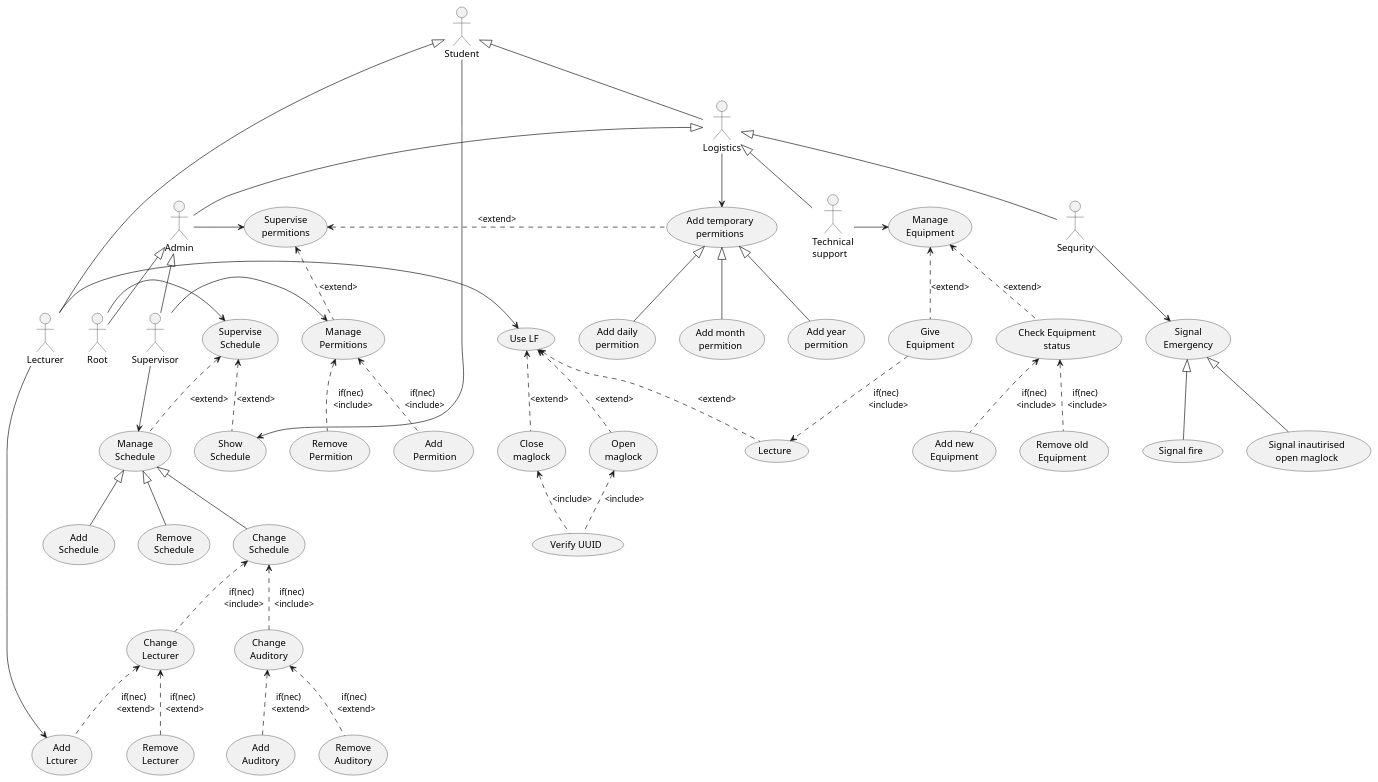
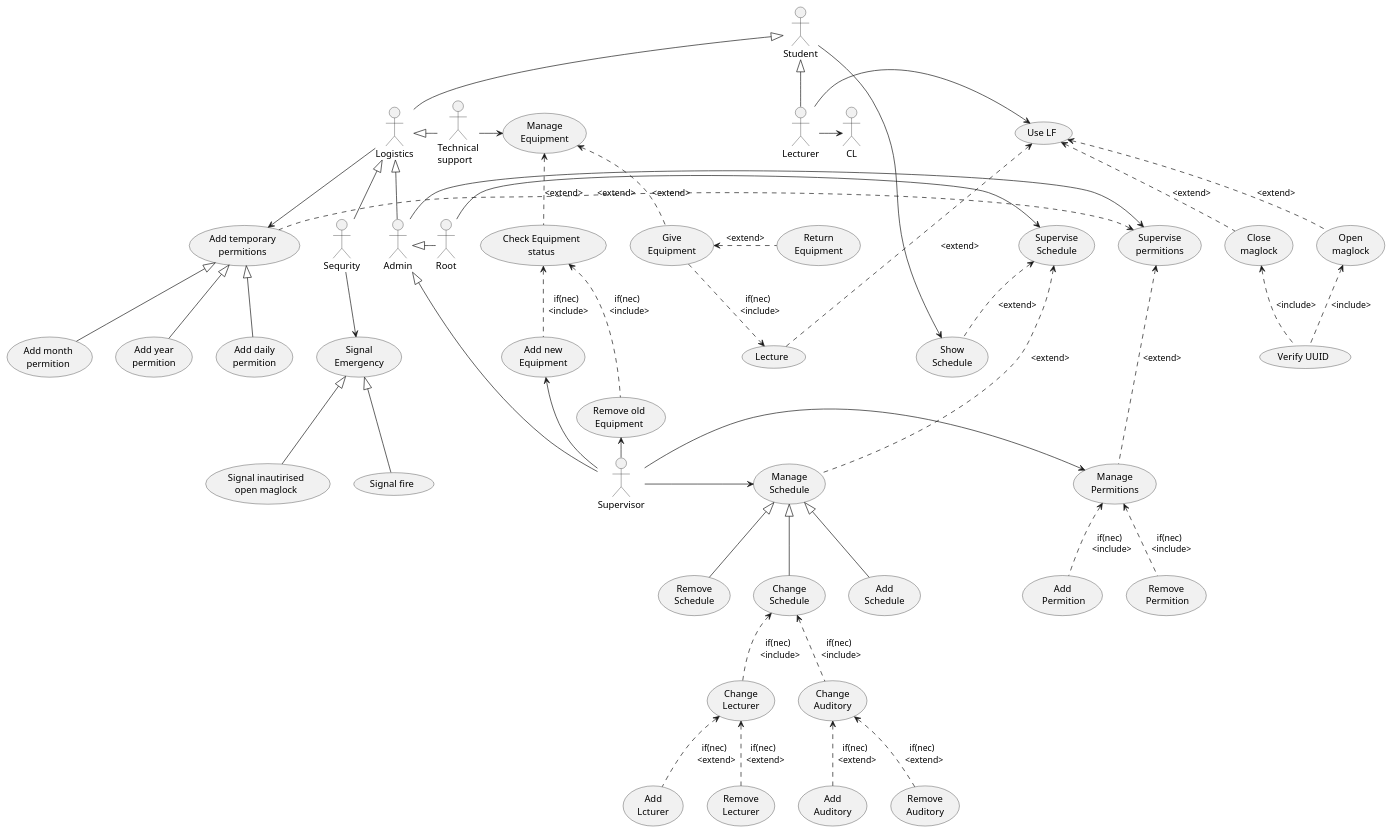
One commit to Igor-Sergieiev/DB_Project changed the diagram in src/plantuml/general/general_usecase.wsd. Above: the diagram before and after it, drawn with PlantUML. The commit also changed 4 other files, not shown here.

Commit message:
Update genetal spec. Update general use case diagram.

```diff
--- a/src/plantuml/general/general_usecase.wsd
+++ b/src/plantuml/general/general_usecase.wsd
@@ -1,144 +1,148 @@
 @startuml
 
 '------------------------------------------------------------------
 '   Schedule
 '------------------------------------------------------------------
 (Supervise\nSchedule) as SS
 (Show\nSchedule) as ShS
 (Manage\nSchedule) as MS
 (Change\nSchedule) as CS
 (Add\nSchedule) as AdS
 (Remove\nSchedule) as RS
 (Change\nAuditory) as CA
 (Add\nAuditory) as  AA
 (Remove\nAuditory) as  RA
 (Change\nLecturer) as CL 
 (Add\nLcturer) as AL
 (Remove\nLecturer) as RL
 
 ShS -u.> SS : <extend>
 MS -u.> SS : <extend>
 CS -u-|> MS 
 AA -u.> CA : if(nec)\n  <extend>
 RA -u.> CA : if(nec)\n  <extend>
 AdS -u-|> MS 
 RS -u-|> MS 
 CA -u.> CS : if(nec)\n  <include>
 CL -u.> CS : if(nec)\n  <include>
 AL -u.> CL : if(nec)\n  <extend>
 RL -u.> CL : if(nec)\n  <extend>
 
 '------------------------------------------------------------------
 
 
 
 '------------------------------------------------------------------
 '   Permition
 '------------------------------------------------------------------
 (Supervise\npermitions) as SP
 (Add temporary\npermitions) as ATP
 (Manage\nPermitions) as MP
 (Add\n Permition) as AP
 (Remove\n Permition) as RP
 (Add daily\npermition) as ADP
 (Add month\npermition) as AMP
 (Add year\npermition) as AYP
 
 MP -u.> SP : <extend>
 AP -u.> MP : if(nec)\n  <include>
 RP -u.> MP : if(nec)\n  <include>
 ATP -l.> SP : <extend>
 ADP -u-|> ATP
 AMP -u-|> ATP
 AYP -u-|> ATP
 '------------------------------------------------------------------
 
 
 '------------------------------------------------------------------
 '   Use LF
 '------------------------------------------------------------------
 (Use LF) as ULF
 (Open\nmaglock) as OM
 (Lecture) as L
 (Close\nmaglock) as CM
 (Verify UUID) as VUUID
 
 OM -u.> ULF : <extend> 
 CM -u.> ULF : <extend>
 L -u.> ULF : <extend>
 VUUID -u.> OM : <include> 
 VUUID -u.> CM : <include> 
 '------------------------------------------------------------------
 
 
 '------------------------------------------------------------------
 '   Manage Equipment
 '------------------------------------------------------------------
 (Manage\nEquipment) as ME
 (Give\nEquipment) as GE
+(Return\nEquipment) as RetE
 (Check Equipment\nstatus) as CES
 (Add new\nEquipment) as AE
 (Remove old\nEquipment) as RE
 
 GE -u.> ME : <extend>
+RetE -l.> GE : <extend> 
 CES -u.> ME : <extend>
 AE -u.> CES : if(nec)\n  <include>
 RE -u.> CES : if(nec)\n  <include>
 '------------------------------------------------------------------
 
 GE -d.> L : if(nec)\n  <include>
 
 '------------------------------------------------------------------
 '   Sequrity
 '------------------------------------------------------------------
 (Signal\nEmergency) as SE
 (Signal inautirised\nopen maglock) as SIOM
 (Signal fire) as SF
 
 SIOM -u-|> SE
 SF -u-|> SE
 '------------------------------------------------------------------
 
 '------------------------------------------------------------------
 '   Actors
 '------------------------------------------------------------------
 :Student: as St
 :Lecturer: as Lct
 :Supervisor: as Sup
 :Root: as Rt
 :Sequrity: as Seq
 :Admin: as Ad
 :Logistics: as Lgs
 :Technical\nsupport: as TH
 
 Lct -u-|> St
 Lgs -u-|> St
-TH -u-|> Lgs
+TH -l-|> Lgs
 Sup -u-|> Ad
-Rt -u-|> Ad
+Rt -l-|> Ad
 Ad -u-|> Lgs
 Seq -u-|> Lgs
 '------------------------------------------------------------------
 
 
 '------------------------------------------------------------------
 '   Use case lincks
 '------------------------------------------------------------------
 St -> ShS
 
 Lct -> ULF
-Lct -> AL
+Lct -> СL
 Rt -> SS
 Ad -> SP
 
 Sup -> MS
 Sup -> MP
+Sup -u-> AE
+Sup -l-> RE
 
 TH -> ME
 
 Seq --> SE
 
 Lgs -> ATP
 '------------------------------------------------------------------
 
 @enduml
```
